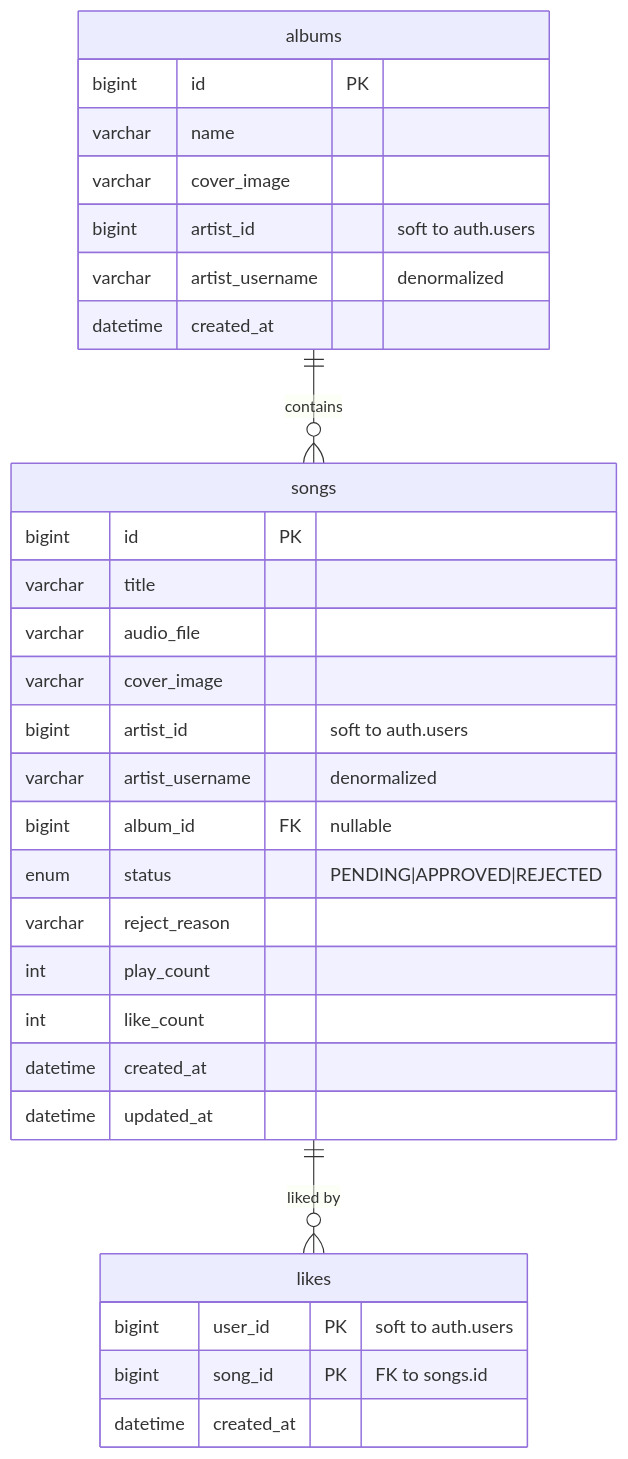
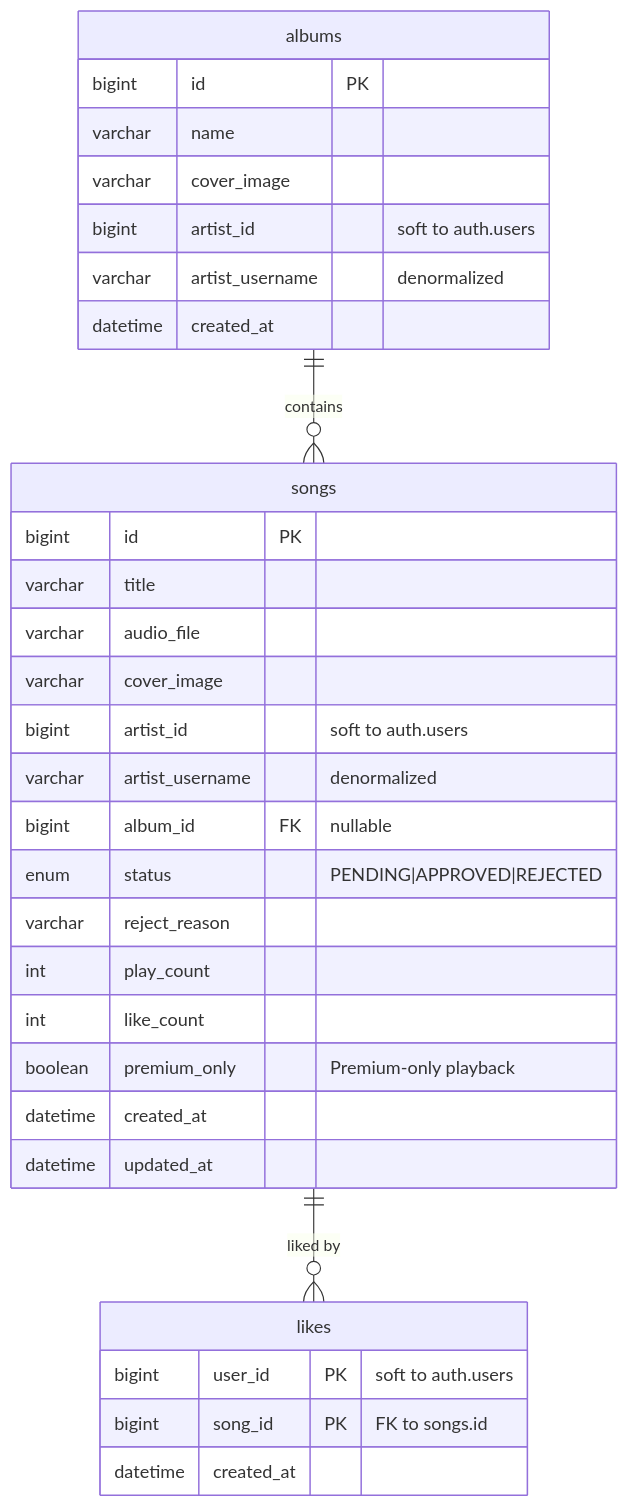
Before and after one commit to Sound-Clown/soundclown-services: the third of 5 diagrams in README.md, drawn with Mermaid. The commit also changed other lines of this file, not shown here.

First line of the commit message:
Document payment-service and premium in the README

````diff
--- a/README.md
+++ b/README.md
@@ -107,33 +116,34 @@
 ```mermaid
 erDiagram
     albums ||--o{ songs : "contains"
     songs ||--o{ likes : "liked by"
     albums {
         bigint id PK
         varchar name
         varchar cover_image
         bigint artist_id "soft to auth.users"
         varchar artist_username "denormalized"
         datetime created_at
     }
     songs {
         bigint id PK
         varchar title
         varchar audio_file
         varchar cover_image
         bigint artist_id "soft to auth.users"
         varchar artist_username "denormalized"
         bigint album_id FK "nullable"
         enum status "PENDING|APPROVED|REJECTED"
         varchar reject_reason
         int play_count
         int like_count
+        boolean premium_only "Premium-only playback"
         datetime created_at
         datetime updated_at
     }
     likes {
         bigint user_id PK "soft to auth.users"
         bigint song_id PK "FK to songs.id"
         datetime created_at
     }
 ```
````
